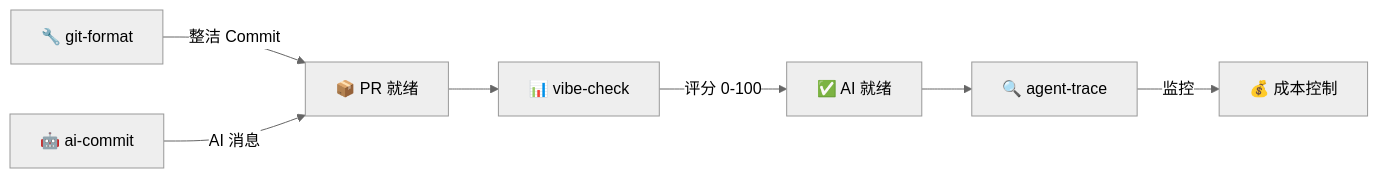
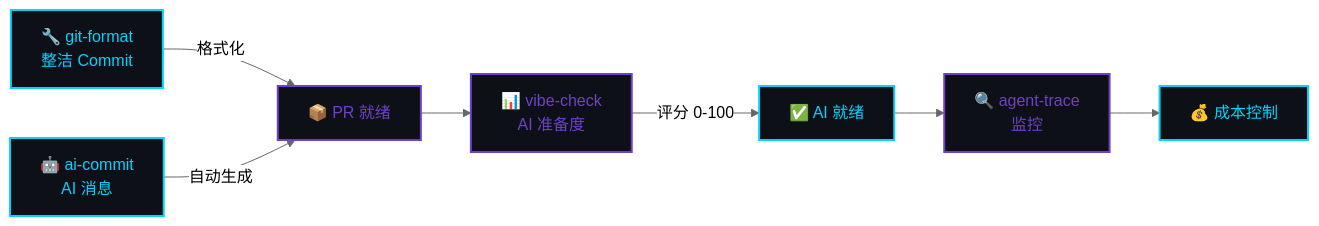
One commit to Serennity007/Serennity007 changed the diagram in README.zh.md. Above: the diagram before and after it, drawn with Mermaid (neutral theme). The commit also changed other lines of this file and 1 other file, not shown here.

Commit message:
终极科技感主页：ASCII Art 头部 + Terminal 模拟器 + 打字动画 + Mermaid 工作流 + tokyonight 主题

````diff
--- a/README.zh.md
+++ b/README.zh.md
@@ -114,9 +145,17 @@
 ```mermaid
 graph LR
-    A[🔧 git-format] -->|整洁 Commit| B[📦 PR 就绪]
-    C[🤖 ai-commit] -->|AI 消息| B
-    B --> D[📊 vibe-check]
-    D -->|评分 0-100| E[✅ AI 就绪]
-    E --> F[🔍 agent-trace]
-    F -->|监控| G[💰 成本控制]
+    A["🔧 git-format<br/>整洁 Commit"] -->|格式化| B["📦 PR 就绪"]
+    C["🤖 ai-commit<br/>AI 消息"] -->|自动生成| B
+    B --> D["📊 vibe-check<br/>AI 准备度"]
+    D -->|"评分 0-100"| E["✅ AI 就绪"]
+    E --> F["🔍 agent-trace<br/>监控"]
+    F --> G["💰 成本控制"]
+
+    style A fill:#0d1117,stroke:#00d4ff,stroke-width:2px,color:#00d4ff
+    style B fill:#0d1117,stroke:#6e40c9,stroke-width:2px,color:#6e40c9
+    style C fill:#0d1117,stroke:#00d4ff,stroke-width:2px,color:#00d4ff
+    style D fill:#0d1117,stroke:#6e40c9,stroke-width:2px,color:#6e40c9
+    style E fill:#0d1117,stroke:#00d4ff,stroke-width:2px,color:#00d4ff
+    style F fill:#0d1117,stroke:#6e40c9,stroke-width:2px,color:#6e40c9
+    style G fill:#0d1117,stroke:#00d4ff,stroke-width:2px,color:#00d4ff
 ```
````
